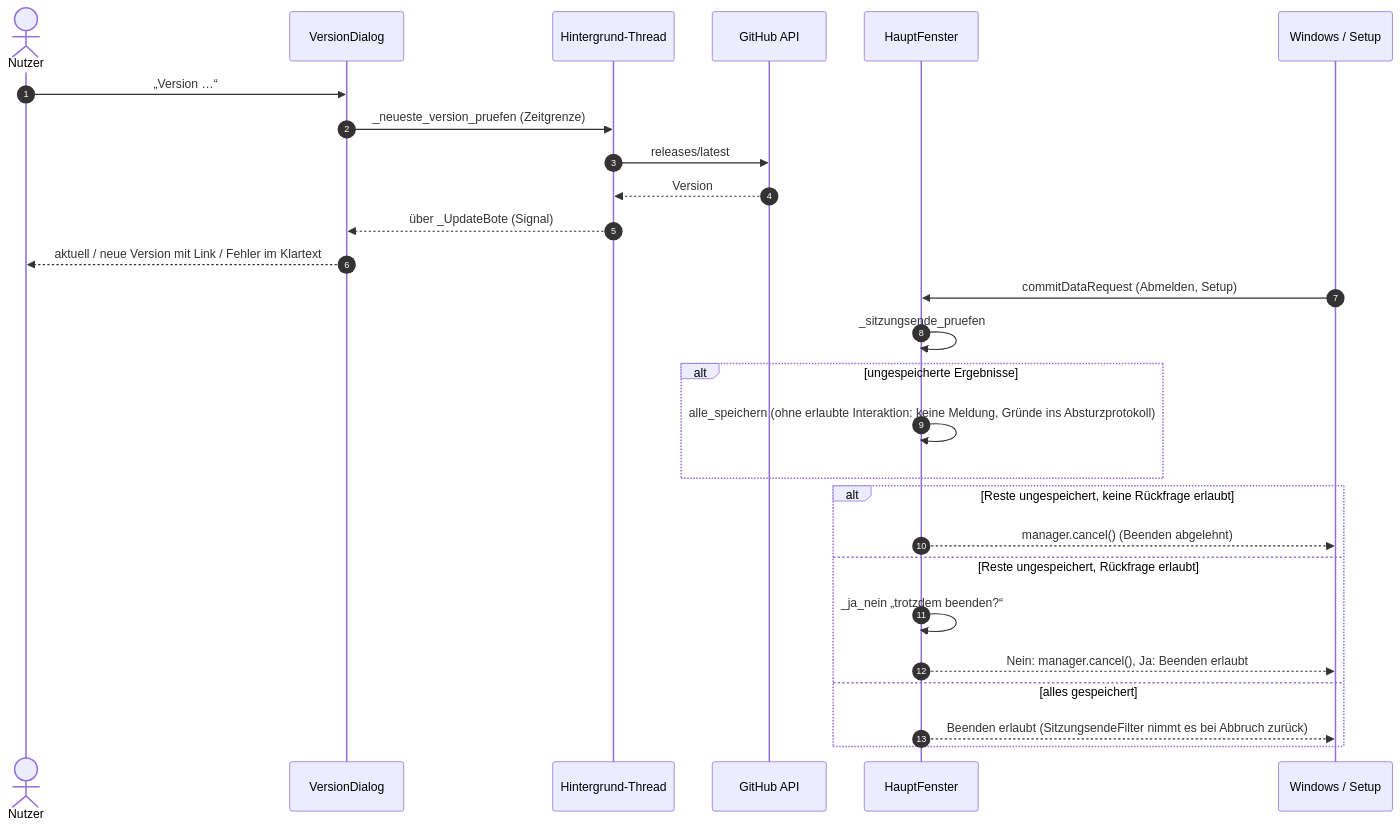
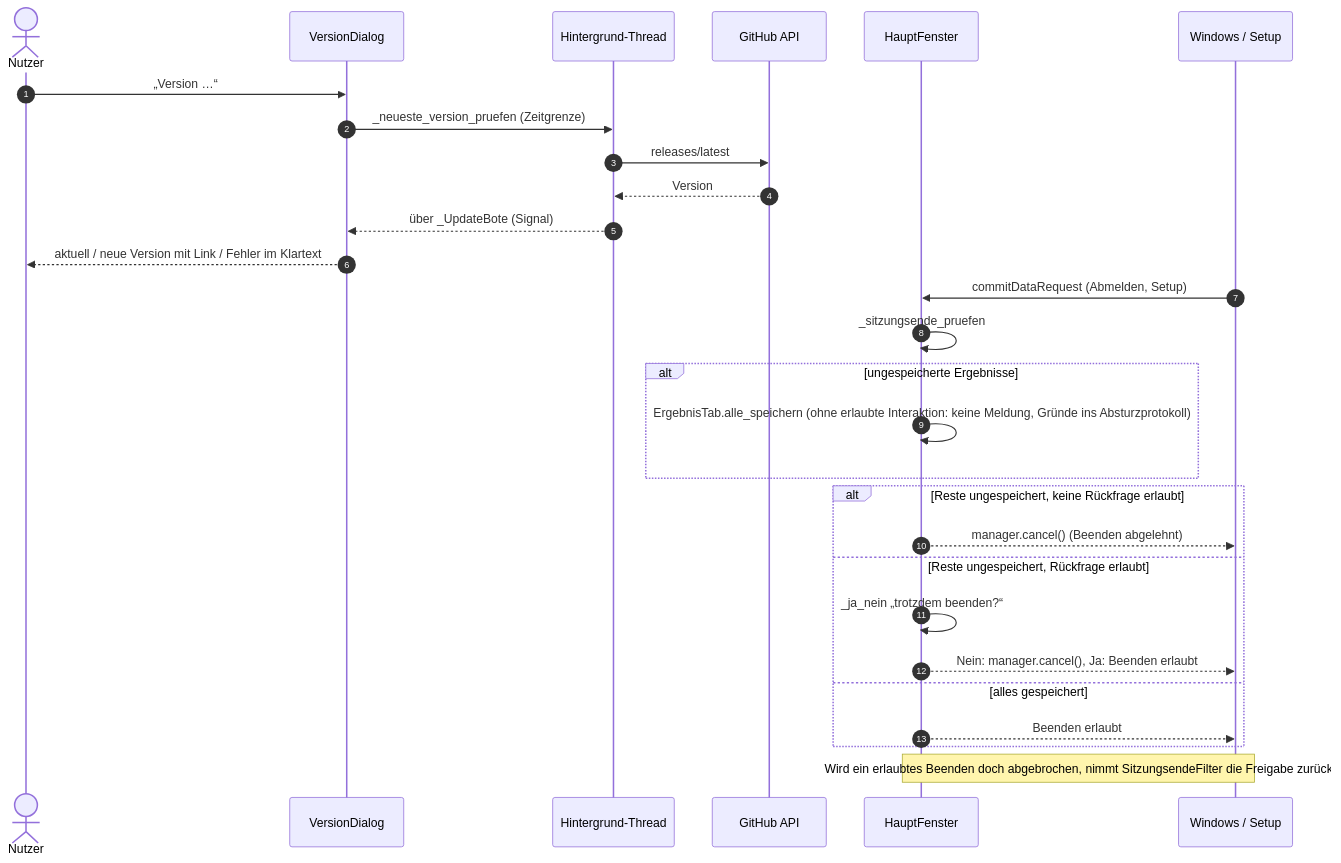
Before and after one commit to mbruver-source/SHS: diagram 12 of 13 in UML.md, drawn with Mermaid. The commit also changed other lines of this file and 3 other files, not shown here.

````diff
--- a/UML.md
+++ b/UML.md
@@ -574,31 +574,32 @@
 ```mermaid
 sequenceDiagram
     autonumber
     actor N as Nutzer
     participant V as VersionDialog
     participant T as Hintergrund-Thread
     participant GH as GitHub API
     participant H as HauptFenster
     participant OS as Windows / Setup
 
     N->>V: „Version …“
     V->>T: _neueste_version_pruefen (Zeitgrenze)
     T->>GH: releases/latest
     GH-->>T: Version
     T-->>V: über _UpdateBote (Signal)
     V-->>N: aktuell / neue Version mit Link / Fehler im Klartext
 
     OS->>H: commitDataRequest (Abmelden, Setup)
     H->>H: _sitzungsende_pruefen
     alt ungespeicherte Ergebnisse
-        H->>H: alle_speichern (ohne erlaubte Interaktion: keine Meldung, Gründe ins Absturzprotokoll)
+        H->>H: ErgebnisTab.alle_speichern (ohne erlaubte Interaktion: keine Meldung, Gründe ins Absturzprotokoll)
     end
     alt Reste ungespeichert, keine Rückfrage erlaubt
         H-->>OS: manager.cancel() (Beenden abgelehnt)
     else Reste ungespeichert, Rückfrage erlaubt
         H->>H: _ja_nein „trotzdem beenden?“
         H-->>OS: Nein: manager.cancel(), Ja: Beenden erlaubt
     else alles gespeichert
-        H-->>OS: Beenden erlaubt (SitzungsendeFilter nimmt es bei Abbruch zurück)
+        H-->>OS: Beenden erlaubt
     end
+    Note over H,OS: Wird ein erlaubtes Beenden doch abgebrochen, nimmt SitzungsendeFilter die Freigabe zurück
 ```
````
